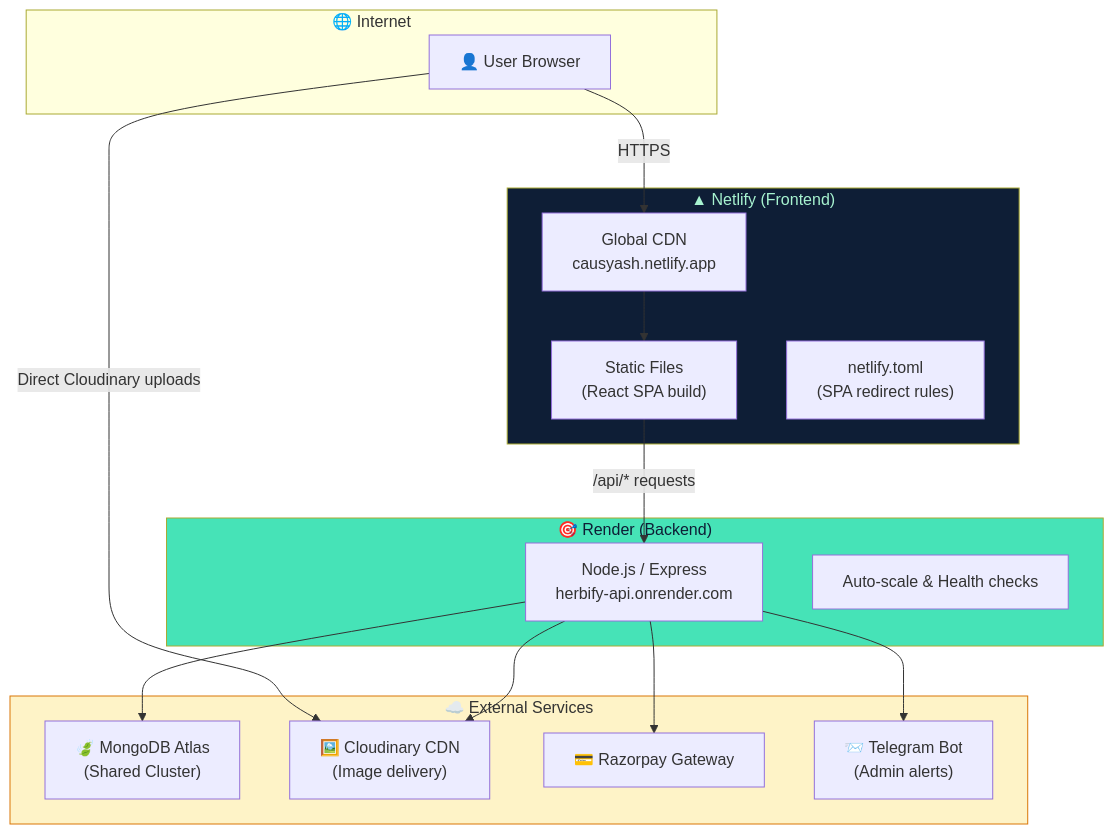
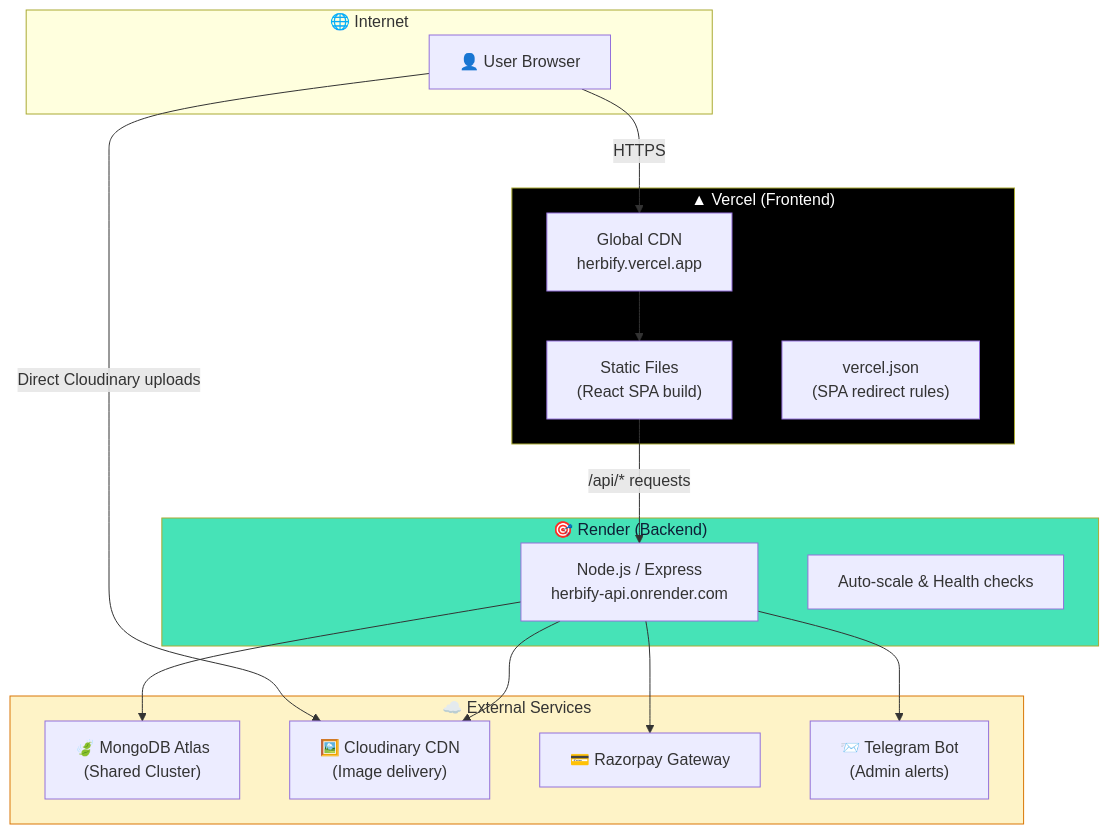
Before and after one commit to causyash/herbify: diagram 19 of 21 in DOCUMENTATION.md, drawn with Mermaid. The commit also changed other lines of this file, not shown here.

Commit message:
docs: update hosting provider from Netlify to Vercel

````diff
--- a/DOCUMENTATION.md
+++ b/DOCUMENTATION.md
@@ -785,37 +785,37 @@
 ```mermaid
 graph TB
     subgraph Internet["🌐 Internet"]
         User["👤 User Browser"]
     end
 
-    subgraph Netlify["▲ Netlify (Frontend)"]
-        CDNFront["Global CDN\ncausyash.netlify.app"]
+    subgraph Vercel["▲ Vercel (Frontend)"]
+        CDNFront["Global CDN\nherbify.vercel.app"]
         Static["Static Files\n(React SPA build)"]
-        NetlifyToml["netlify.toml\n(SPA redirect rules)"]
+        VercelConfig["vercel.json\n(SPA redirect rules)"]
     end
 
     subgraph Render["🎯 Render (Backend)"]
         APIServer["Node.js / Express\nherbify-api.onrender.com"]
         AutoScale["Auto-scale & Health checks"]
     end
 
     subgraph External["☁️ External Services"]
         MongoAtlas["🍃 MongoDB Atlas\n(Shared Cluster)"]
         CloudinaryCDN["🖼️ Cloudinary CDN\n(Image delivery)"]
         RazorpayGW["💳 Razorpay Gateway"]
         TelegramBot["📨 Telegram Bot\n(Admin alerts)"]
     end
 
     User -->|HTTPS| CDNFront
     CDNFront --> Static
     Static -->|/api/* requests| APIServer
     APIServer --> MongoAtlas
     APIServer --> CloudinaryCDN
     APIServer --> RazorpayGW
     APIServer --> TelegramBot
     User -->|Direct Cloudinary uploads| CloudinaryCDN
 
-    style Netlify fill:#0e1e36,color:#a7f3d0
+    style Vercel fill:#000000,color:#ffffff
     style Render fill:#46e3b7,color:#0e1e36
     style External fill:#fef3c7,stroke:#d97706
 ```
````
